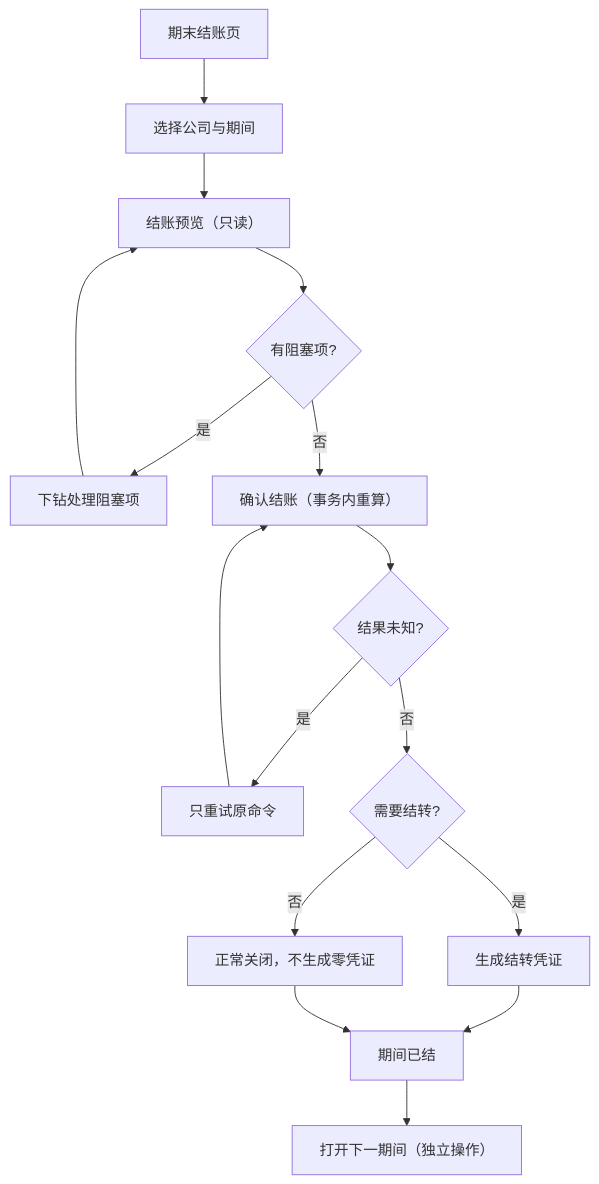
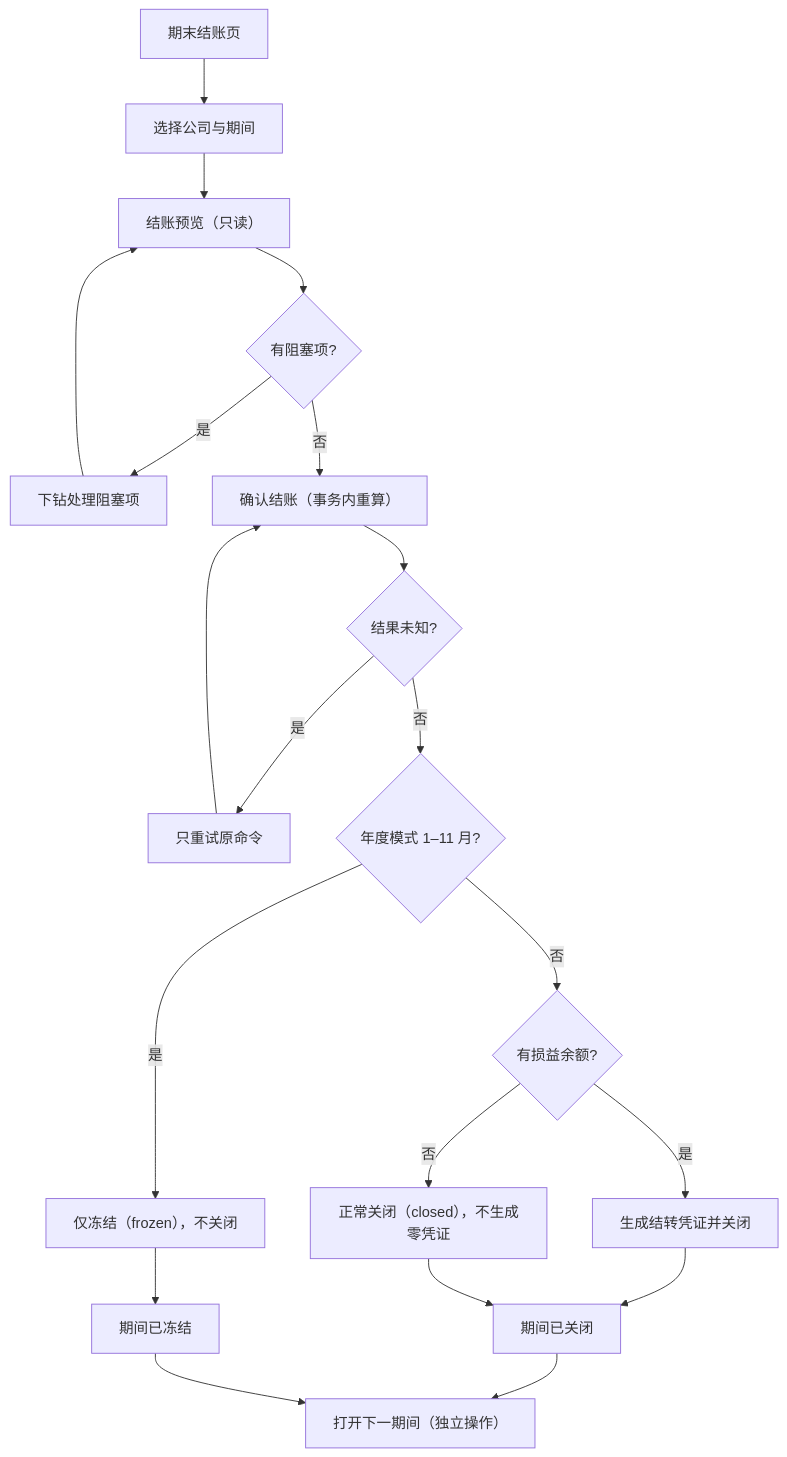
Before and after one commit to lingshf/ai-native-erp: the diagram in docs/flows/period-close-flow.md, drawn with Mermaid. The commit also changed other lines of this file and 2 other files, not shown here.

Commit message:
docs: correct period-close branches (frozen vs closed), drop date placeholder note

````diff
--- a/docs/flows/period-close-flow.md
+++ b/docs/flows/period-close-flow.md
@@ -3,18 +3,22 @@
 ```mermaid
 flowchart TD
   A["期末结账页"] --> B["选择公司与期间"]
   B --> C["结账预览（只读）"]
   C --> D{"有阻塞项?"}
   D -- 是 --> E["下钻处理阻塞项"]
   E --> C
   D -- 否 --> F["确认结账（事务内重算）"]
   F --> G{"结果未知?"}
   G -- 是 --> H["只重试原命令"]
   H --> F
-  G -- 否 --> K{"需要结转?"}
-  K -- 是 --> I["生成结转凭证"]
-  K -- 否 --> L["正常关闭，不生成零凭证"]
-  I --> N["期间已结"]
-  L --> N
+  G -- 否 --> M{"年度模式 1–11 月?"}
+  M -- 是 --> L["仅冻结（frozen），不关闭"]
+  M -- 否 --> K{"有损益余额?"}
+  K -- 是 --> I["生成结转凭证并关闭"]
+  K -- 否 --> P["正常关闭（closed），不生成零凭证"]
+  I --> N["期间已关闭"]
+  P --> N
+  L --> Q["期间已冻结"]
   N --> J["打开下一期间（独立操作）"]
+  Q --> J
 ```
````
